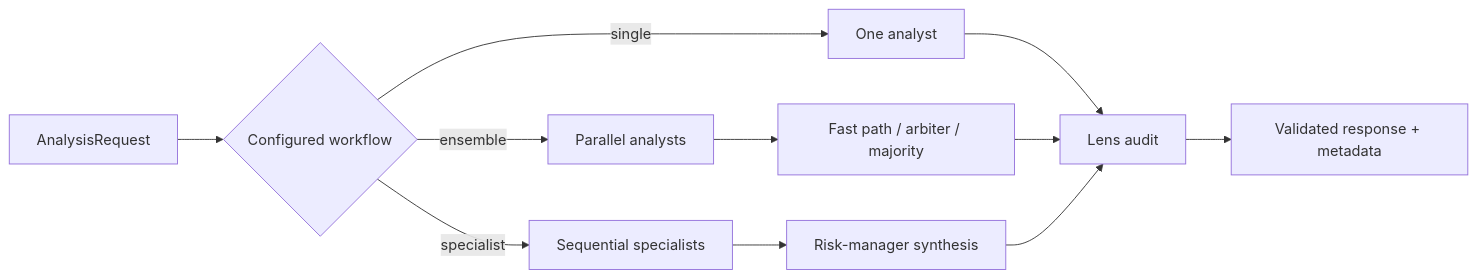
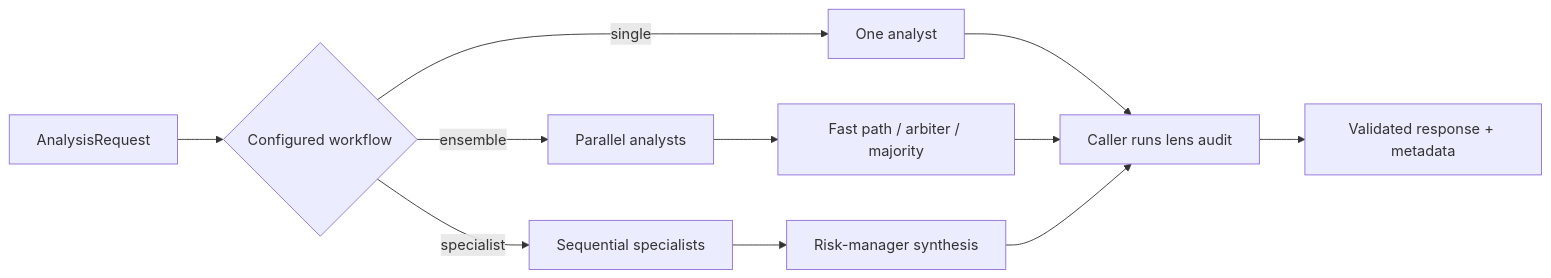
Before and after one commit to romeo-folie/trade-engine: the diagram in internal/analysis/README.md, drawn with Mermaid. The commit also changed other lines of this file and 2 other files, not shown here.

````diff
--- a/internal/analysis/README.md
+++ b/internal/analysis/README.md
@@ -51,13 +54,13 @@
 ```mermaid
 flowchart LR
     R[AnalysisRequest] --> D{Configured workflow}
     D -->|single| S[One analyst]
     D -->|ensemble| E[Parallel analysts]
     D -->|specialist| P[Sequential specialists]
     E --> A[Fast path / arbiter / majority]
     P --> M[Risk-manager synthesis]
-    S --> V[Lens audit]
+    S --> V[Caller runs lens audit]
     A --> V
     M --> V
     V --> O[Validated response + metadata]
 ```
````
